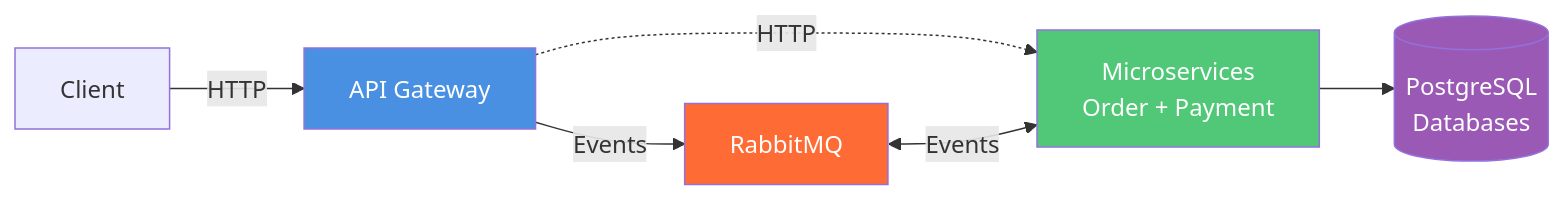
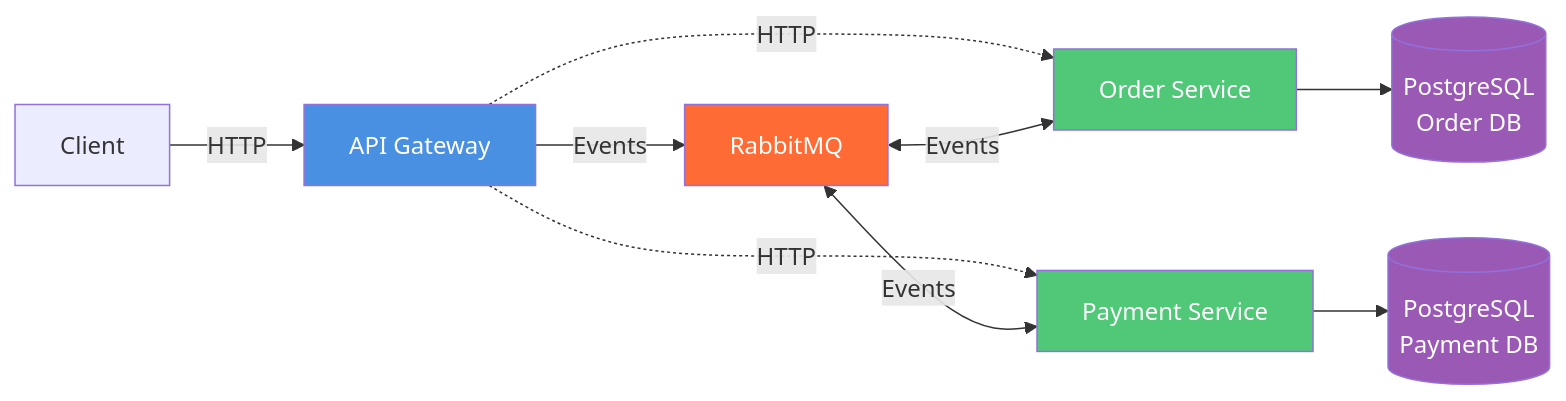
One commit to luchersou/payment-microservice changed the diagram in README.md. Above: the diagram before and after it, drawn with Mermaid. The commit also changed other lines of this file, not shown here.

````diff
--- a/README.md
+++ b/README.md
@@ -18,16 +18,21 @@
 ```mermaid
 graph LR
     Client[Client] -->|HTTP| GW[API Gateway]
-    
+
     GW -->|Events| RMQ[RabbitMQ]
-    GW -.->|HTTP| Services
-    
-    RMQ <-->|Events| Services[Microservices<br/>Order + Payment]
-    
-    Services --> DB[(PostgreSQL<br/>Databases)]
-    
+    GW -.->|HTTP| Order[Order Service]
+    GW -.->|HTTP| Payment[Payment Service]
+
+    RMQ <-->|Events| Order
+    RMQ <-->|Events| Payment
+
+    Order --> OrderDB[(PostgreSQL<br/>Order DB)]
+    Payment --> PaymentDB[(PostgreSQL<br/>Payment DB)]
+
     style GW fill:#4A90E2,color:#fff
     style RMQ fill:#FF6B35,color:#fff
-    style Services fill:#50C878,color:#fff
-    style DB fill:#9B59B6,color:#fff
+    style Order fill:#50C878,color:#fff
+    style Payment fill:#50C878,color:#fff
+    style OrderDB fill:#9B59B6,color:#fff
+    style PaymentDB fill:#9B59B6,color:#fff
 ```
````
